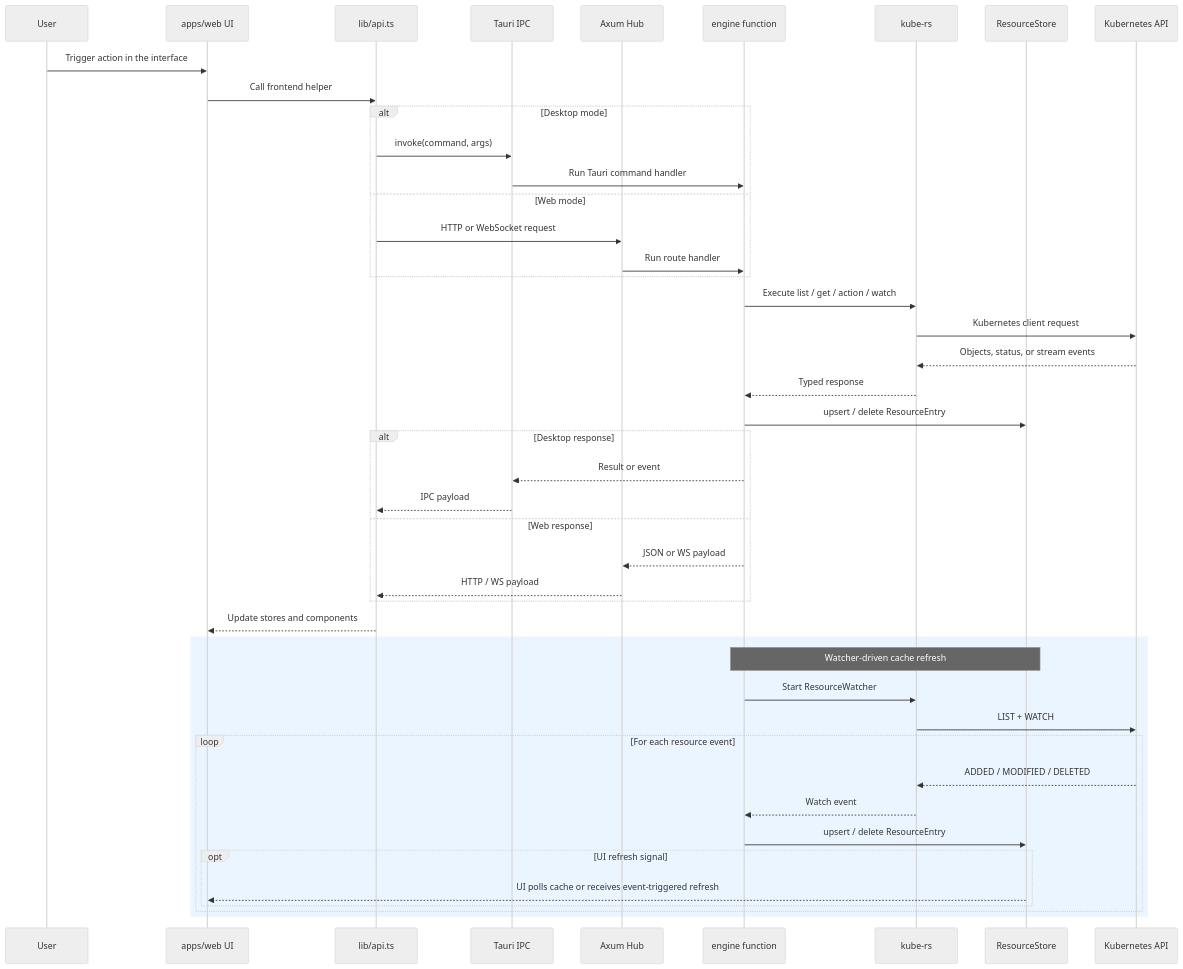
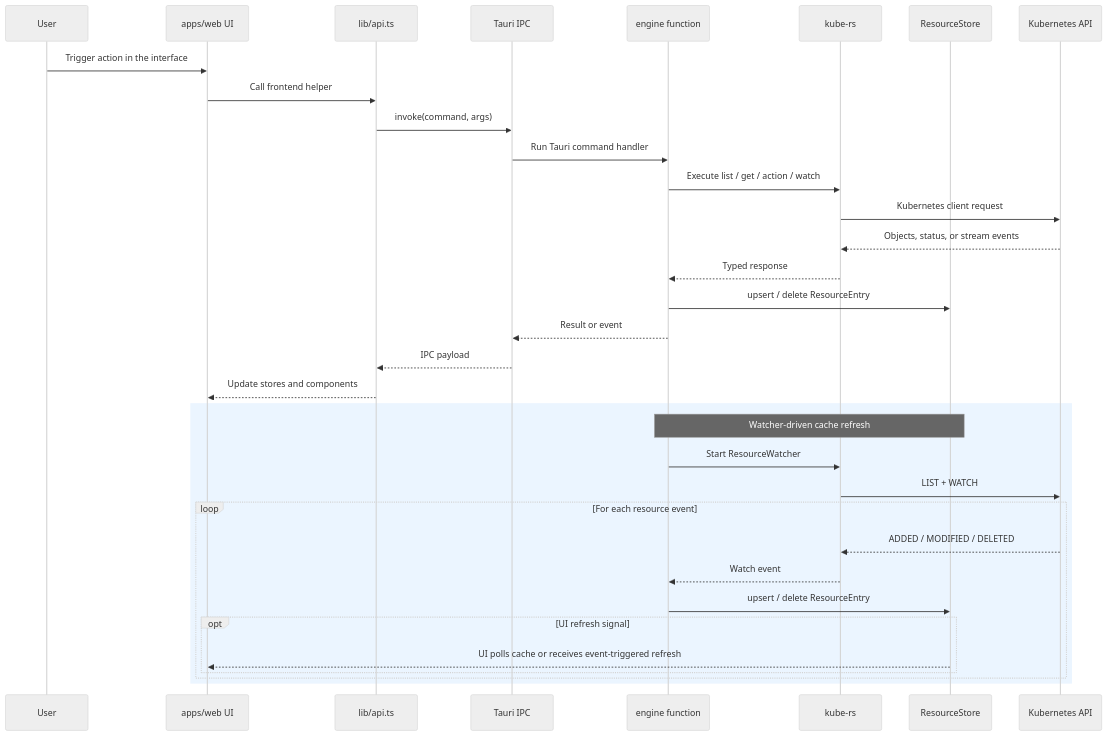
Before and after one commit to adamdost-0/Telescope: the third of 4 diagrams in docs/diagrams/architecture.md, drawn with Mermaid (neutral theme). The commit also changed other lines of this file and 35 other files, not shown here.

First line of the commit message:
refactor: remove Hub/web mode — desktop-only focus

````diff
--- a/docs/diagrams/architecture.md
+++ b/docs/diagrams/architecture.md
@@ -141,53 +109,39 @@
 ```mermaid
 sequenceDiagram
     participant User
     participant UI as apps/web UI
     participant API as lib/api.ts
     participant Desktop as Tauri IPC
-    participant Hub as Axum Hub
     participant Engine as engine function
     participant Kube as kube-rs
     participant Store as ResourceStore
     participant K8s as Kubernetes API
 
     User->>UI: Trigger action in the interface
     UI->>API: Call frontend helper
-
-    alt Desktop mode
-        API->>Desktop: invoke(command, args)
-        Desktop->>Engine: Run Tauri command handler
-    else Web mode
-        API->>Hub: HTTP or WebSocket request
-        Hub->>Engine: Run route handler
-    end
+    API->>Desktop: invoke(command, args)
+    Desktop->>Engine: Run Tauri command handler
 
     Engine->>Kube: Execute list / get / action / watch
     Kube->>K8s: Kubernetes client request
     K8s-->>Kube: Objects, status, or stream events
     Kube-->>Engine: Typed response
     Engine->>Store: upsert / delete ResourceEntry
-
-    alt Desktop response
-        Engine-->>Desktop: Result or event
-        Desktop-->>API: IPC payload
-    else Web response
-        Engine-->>Hub: JSON or WS payload
-        Hub-->>API: HTTP / WS payload
-    end
-
+    Engine-->>Desktop: Result or event
+    Desktop-->>API: IPC payload
     API-->>UI: Update stores and components
 
     rect rgb(235, 245, 255)
         Note over Engine,Store: Watcher-driven cache refresh
         Engine->>Kube: Start ResourceWatcher
         Kube->>K8s: LIST + WATCH
         loop For each resource event
             K8s-->>Kube: ADDED / MODIFIED / DELETED
             Kube-->>Engine: Watch event
             Engine->>Store: upsert / delete ResourceEntry
             opt UI refresh signal
                 Store-->>UI: UI polls cache or receives event-triggered refresh
             end
         end
     end
 ```
````
